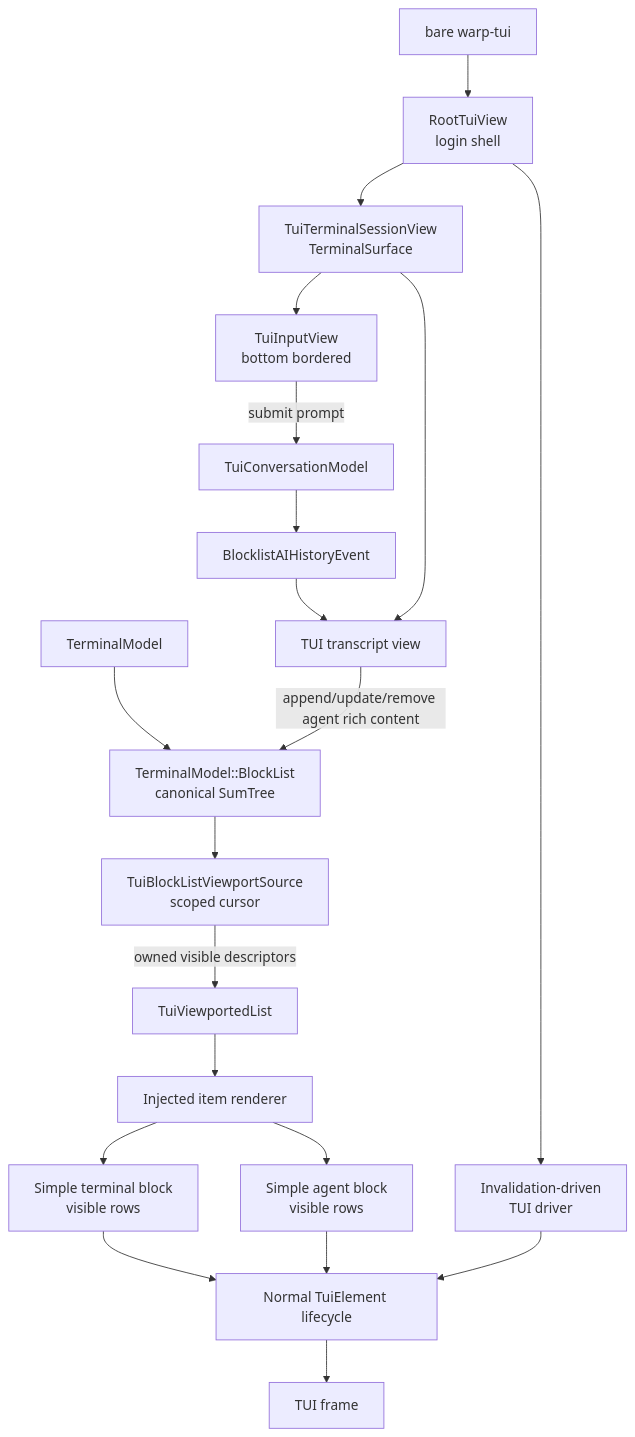
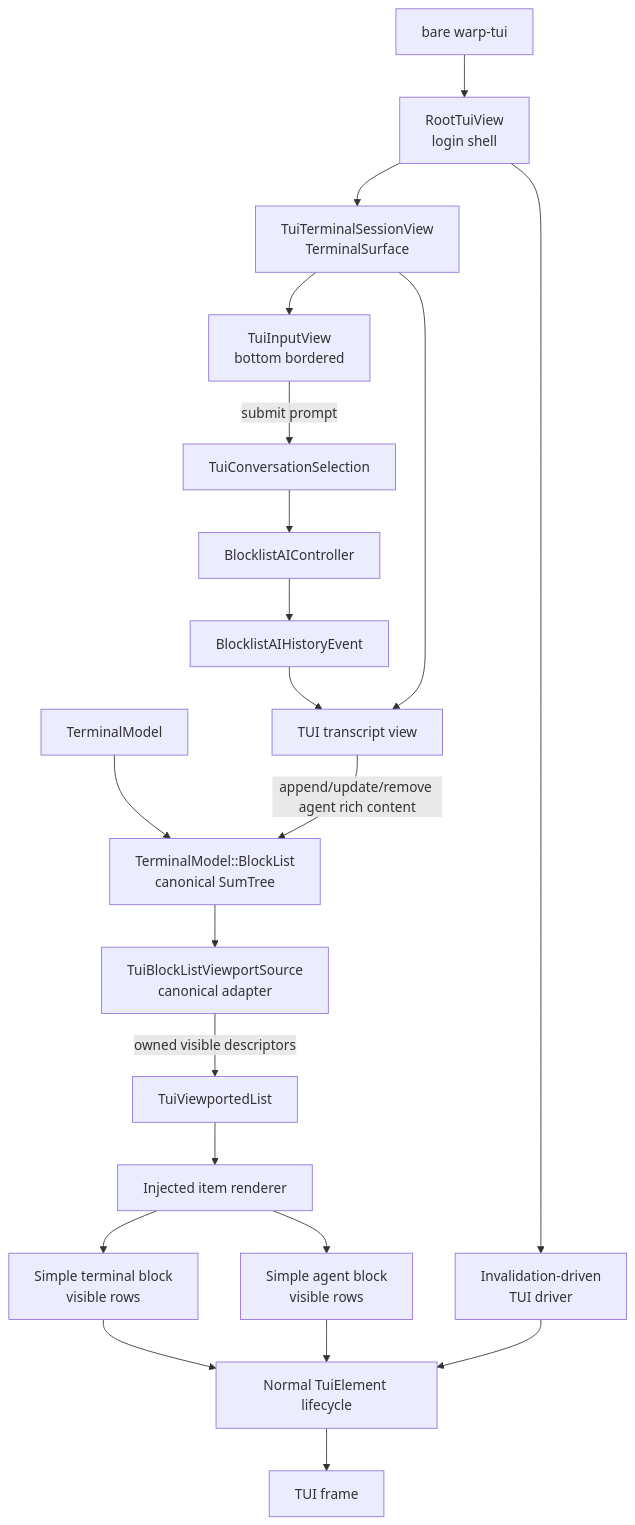
The diagram in specs/tui-transcript-view/TECH.md (warpdotdev/warp), drawn with Mermaid before and after one commit. The commit also changed other lines of this file, not shown here.

````diff
--- a/specs/tui-transcript-view/TECH.md
+++ b/specs/tui-transcript-view/TECH.md
@@ -97,22 +104,23 @@
 ```mermaid
 flowchart TD
   Init["bare warp-tui"] --> Root["RootTuiView<br/>login shell"]
   Root --> Driver["Invalidation-driven<br/>TUI driver"]
   Root --> Session["TuiTerminalSessionView<br/>TerminalSurface"]
   Session --> Input["TuiInputView<br/>bottom bordered"]
-  Input -->|submit prompt| Conversation["TuiConversationModel"]
-  Conversation --> History
+  Input -->|submit prompt| Selection["TuiConversationSelection"]
+  Selection --> Controller["BlocklistAIController"]
+  Controller --> History
   History["BlocklistAIHistoryEvent"] --> Transcript["TUI transcript view"]
   Session --> Transcript
   TerminalModel --> BlockList["TerminalModel::BlockList<br/>canonical SumTree"]
   Transcript -->|append/update/remove agent rich content| BlockList
-  BlockList --> Index["TuiBlockListViewportSource<br/>scoped cursor"]
+  BlockList --> Index["TuiBlockListViewportSource<br/>canonical adapter"]
   Index -->|owned visible descriptors| Viewport["TuiViewportedList"]
   Viewport --> Render["Injected item renderer"]
   Render --> Terminal["Simple terminal block<br/>visible rows"]
   Render --> Agent["Simple agent block<br/>visible rows"]
   Terminal --> Presenter["Normal TuiElement lifecycle"]
   Agent --> Presenter
   Presenter --> Frame["TUI frame"]
   Driver --> Presenter
 ```
````
